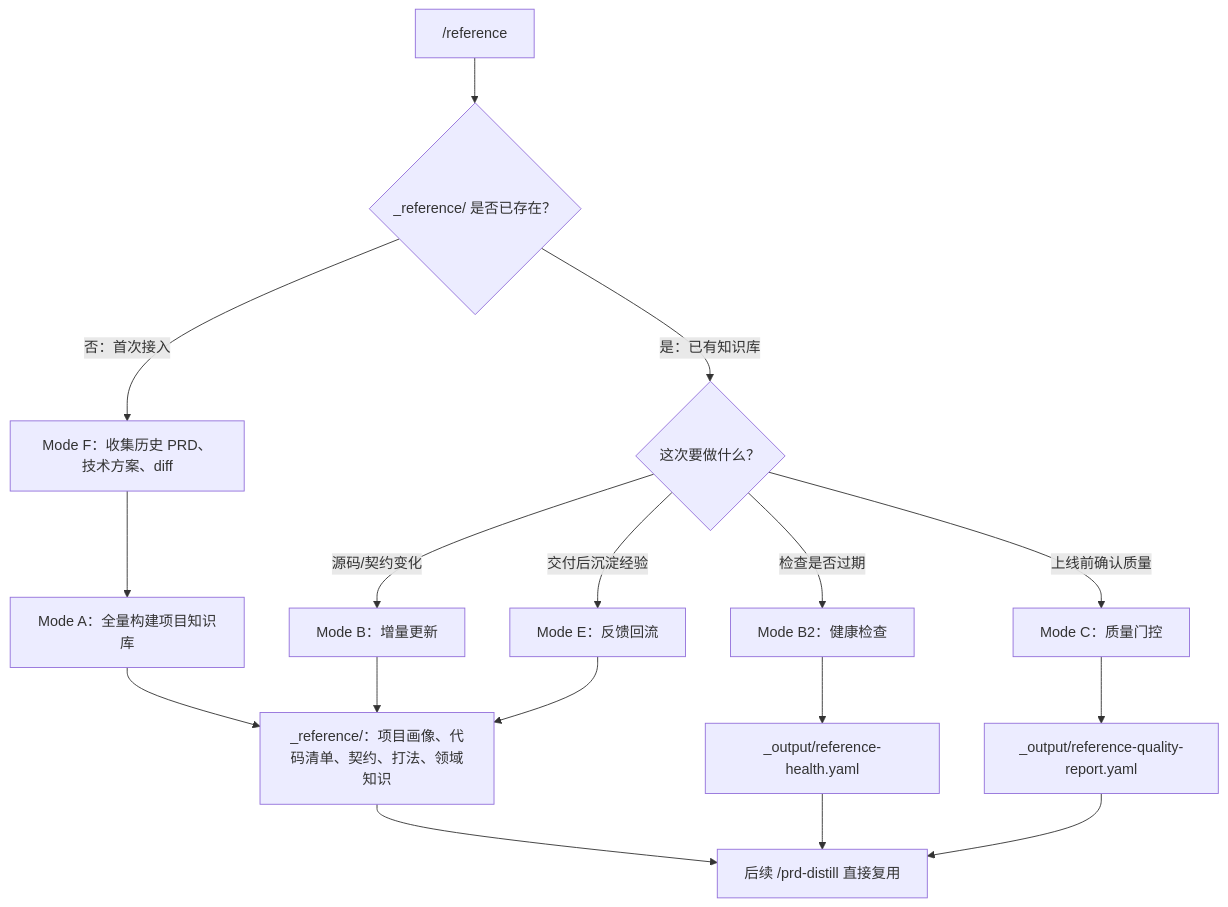
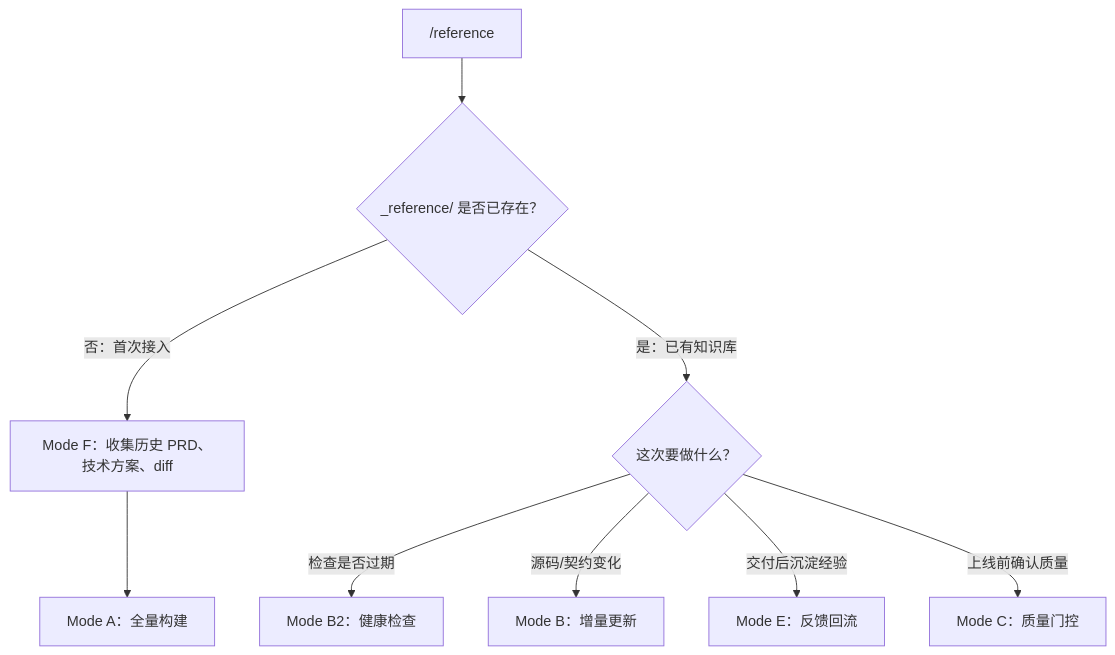
The first of 2 diagrams in plugins/build-reference/README.md (zachary-lz-glm/prd-tools), drawn with Mermaid before and after one commit. The commit also changed other lines of this file and 3 other files, not shown here.

First line of the commit message:
docs: 全面更新图谱集成文档 + 修复过时引用

````diff
--- a/plugins/build-reference/README.md
+++ b/plugins/build-reference/README.md
@@ -17,19 +35,11 @@
 ```mermaid
 flowchart TD
   A["/reference"] --> B{"_reference/ 是否已存在？"}
   B -- "否：首次接入" --> C["Mode F：收集历史 PRD、技术方案、diff"]
-  C --> D["Mode A：全量构建项目知识库"]
+  C --> D["Mode A：全量构建"]
   B -- "是：已有知识库" --> E{"这次要做什么？"}
   E -- "检查是否过期" --> F["Mode B2：健康检查"]
   E -- "源码/契约变化" --> G["Mode B：增量更新"]
   E -- "交付后沉淀经验" --> H["Mode E：反馈回流"]
   E -- "上线前确认质量" --> I["Mode C：质量门控"]
-  D --> J["_reference/：项目画像、代码清单、契约、打法、领域知识"]
-  F --> K["_output/reference-health.yaml"]
-  G --> J
-  H --> J
-  I --> L["_output/reference-quality-report.yaml"]
-  J --> M["后续 /prd-distill 直接复用"]
-  K --> M
-  L --> M
 ```
````
